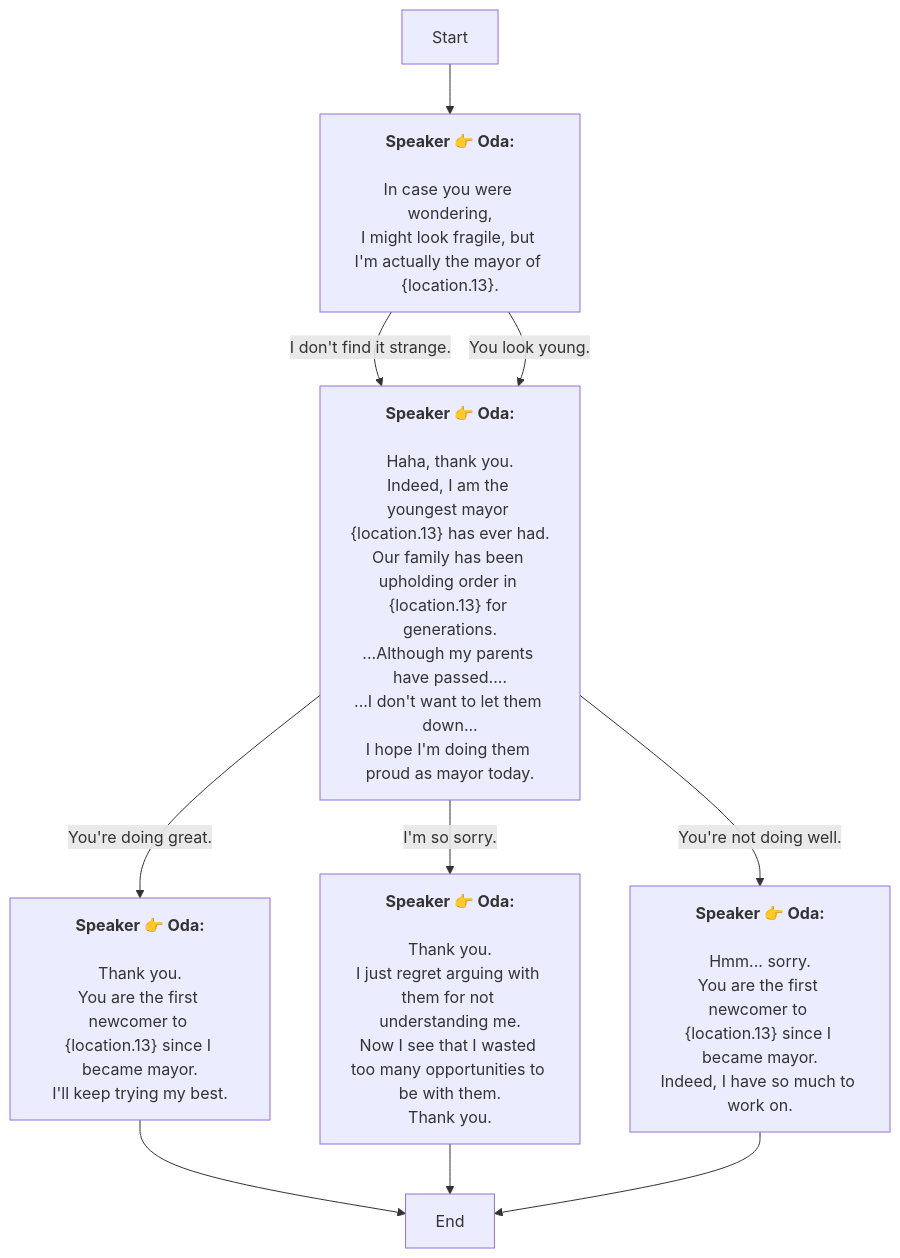
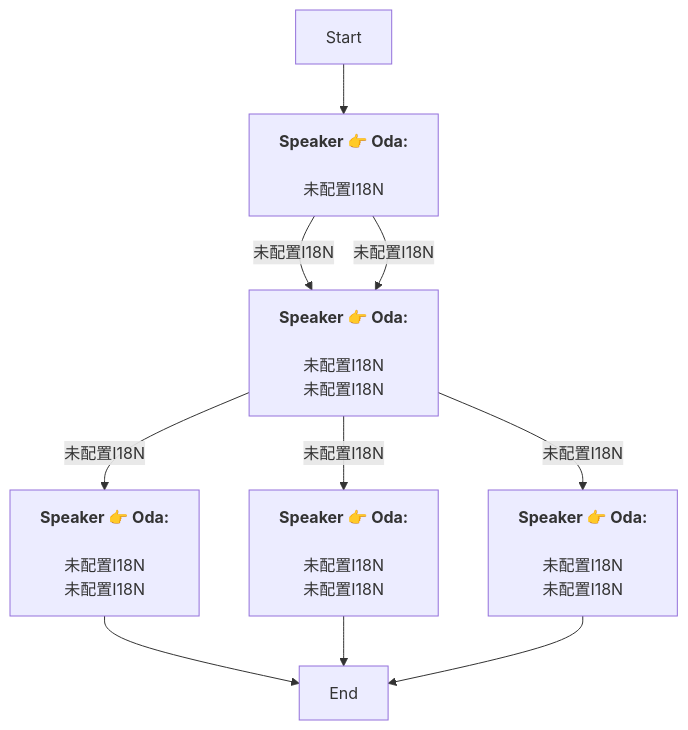
One commit to SoftHu/tos_avg changed the diagram in En/QuestTalkObjectiveNode_1741756732252428.md. Above: the diagram before and after it, drawn with Mermaid. The commit also changed 730 other files, not shown here.

````diff
--- a/En/QuestTalkObjectiveNode_1741756732252428.md
+++ b/En/QuestTalkObjectiveNode_1741756732252428.md
@@ -1,32 +1,19 @@
 ```mermaid
 graph
 Start -->1741756751534367[<b>Speaker 👉 Oda:</b>
-\nIn case you were wondering,
-I might look fragile, but I'm actually the mayor of &lbrace;location.13&rbrace;.]
-1741756751534367 -->|I don't find it strange.|1741756751534371[<b>Speaker 👉 Oda:</b>
-\nHaha, thank you.
-Indeed, I am the youngest mayor &lbrace;location.13&rbrace; has ever had.
-Our family has been upholding order in &lbrace;location.13&rbrace; for generations.\n...Although my parents have passed....
-...I don't want to let them down...
-I hope I'm doing them proud as mayor today.]
-1741756751534367 -->|You look young.|1741756751534371[<b>Speaker 👉 Oda:</b>
-\nHaha, thank you.
-Indeed, I am the youngest mayor &lbrace;location.13&rbrace; has ever had.
-Our family has been upholding order in &lbrace;location.13&rbrace; for generations.\n...Although my parents have passed....
-...I don't want to let them down...
-I hope I'm doing them proud as mayor today.]
-1741756751534371 -->|You're doing great.|1741756751534375[<b>Speaker 👉 Oda:</b>
-\nThank you.
-You are the first newcomer to &lbrace;location.13&rbrace; since I became mayor.\nI'll keep trying my best.]
-1741756751534371 -->|You're not doing well.|1741758102220112[<b>Speaker 👉 Oda:</b>
-\nHmm... sorry.
-You are the first newcomer to &lbrace;location.13&rbrace; since I became mayor.\nIndeed, I have so much to work on.]
-1741756751534371 -->|I'm so sorry.|1741757998477647[<b>Speaker 👉 Oda:</b>
-\nThank you.
-I just regret arguing with them for not understanding me.\nNow I see that I wasted too many opportunities to be with them.
-Thank you.]
+\n未配置I18N]
+1741756751534367 -->|未配置I18N|1741756751534371[<b>Speaker 👉 Oda:</b>
+\n未配置I18N\n未配置I18N]
+1741756751534367 -->|未配置I18N|1741756751534371[<b>Speaker 👉 Oda:</b>
+\n未配置I18N\n未配置I18N]
+1741756751534371 -->|未配置I18N|1741756751534375[<b>Speaker 👉 Oda:</b>
+\n未配置I18N\n未配置I18N]
+1741756751534371 -->|未配置I18N|1741758102220112[<b>Speaker 👉 Oda:</b>
+\n未配置I18N\n未配置I18N]
+1741756751534371 -->|未配置I18N|1741757998477647[<b>Speaker 👉 Oda:</b>
+\n未配置I18N\n未配置I18N]
 1741756751534375 -->1741757982916940[End]
 1741757998477647 -->1741757982916940[End]
 1741758102220112 -->1741757982916940[End]
 
 ```
````
